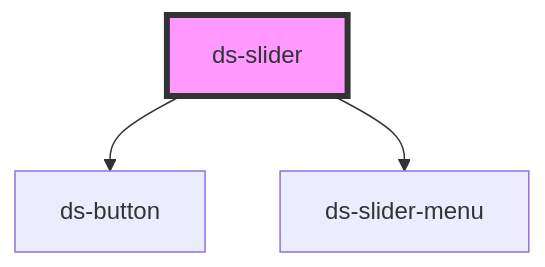
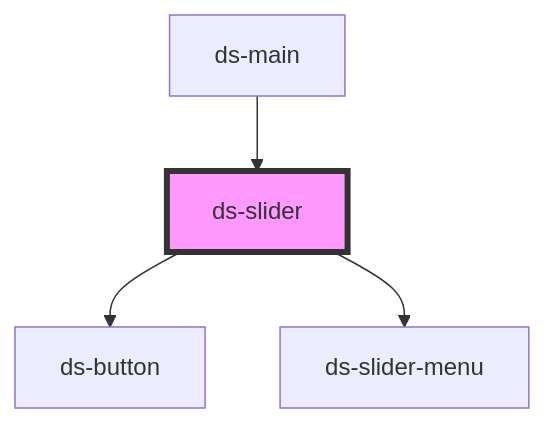
Before and after one commit to jezoock/dot-stash: the diagram in components/ui/slider/readme.md, drawn with Mermaid. The commit also changed other lines of this file and 28 other files, not shown here.

````diff
--- a/components/ui/slider/readme.md
+++ b/components/ui/slider/readme.md
@@ -33,6 +50,7 @@
 ```mermaid
 graph TD;
   ds-slider --> ds-button
   ds-slider --> ds-slider-menu
+  ds-main --> ds-slider
   style ds-slider fill:#f9f,stroke:#333,stroke-width:4px
 ```
````
